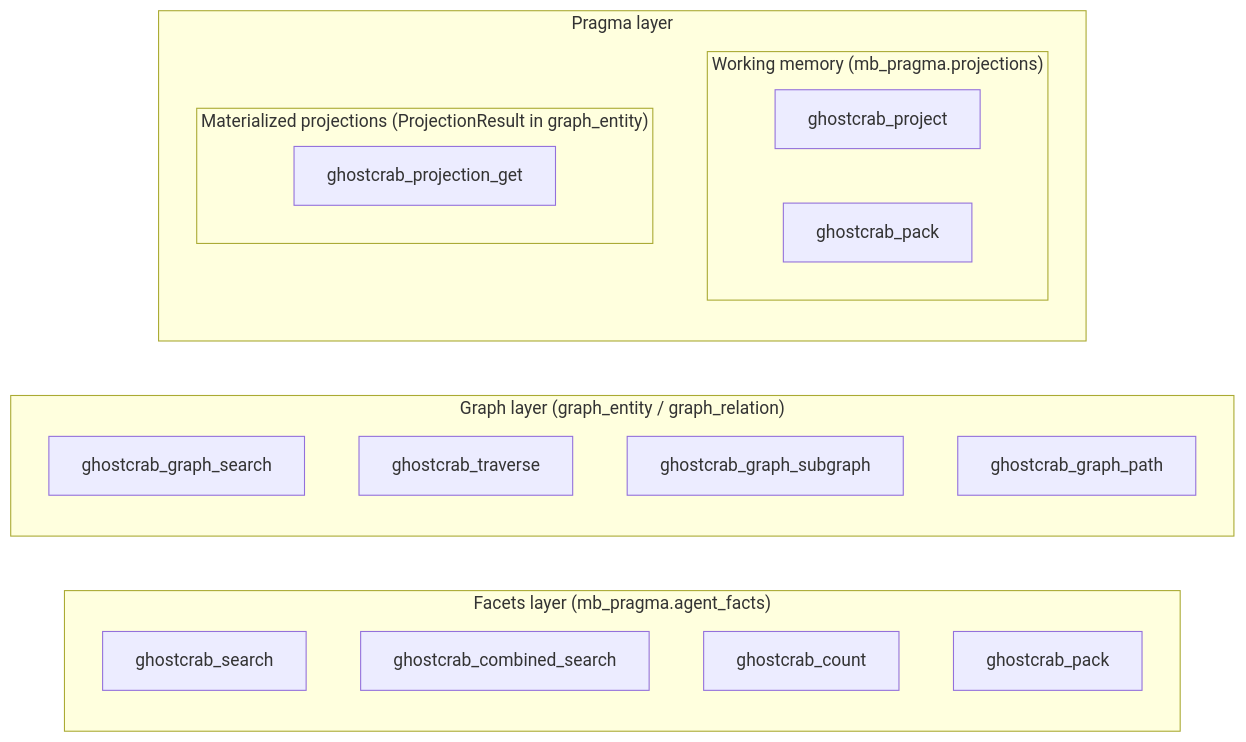
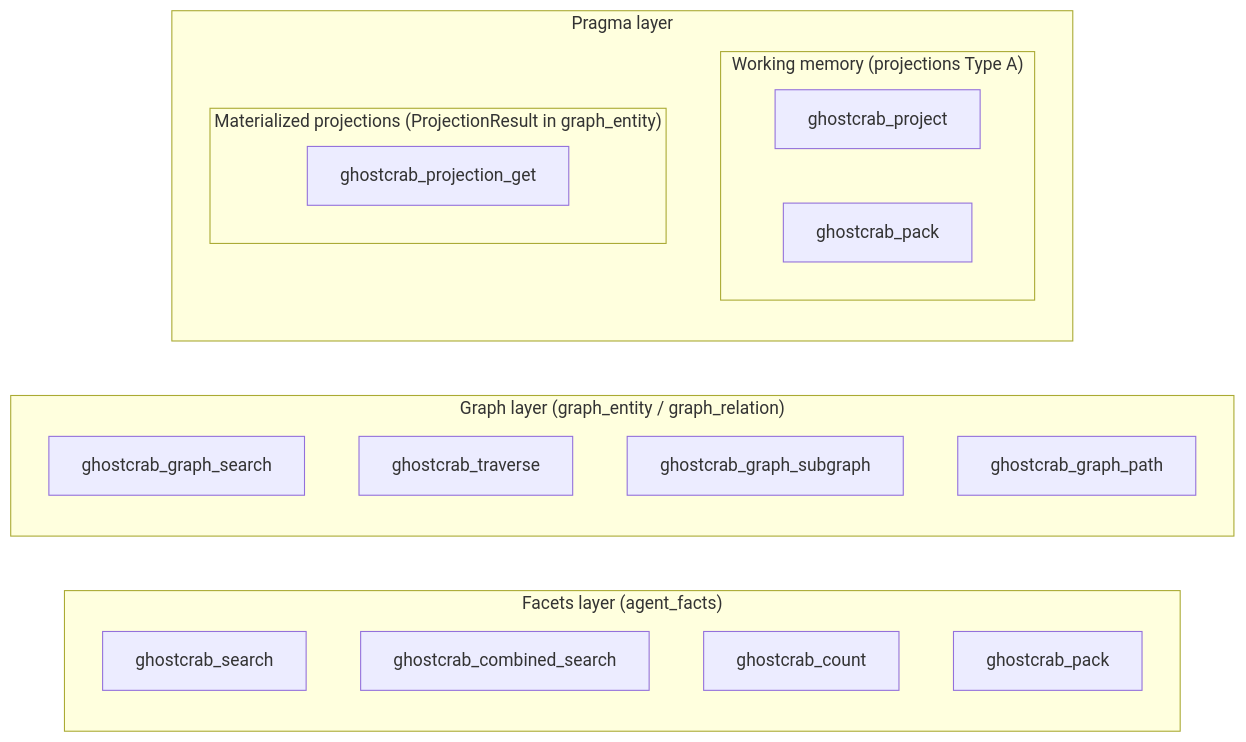
Before and after one commit to mindflight-orchestrator/ghostcrab-personal-mcp: the diagram in docs/methodology/ghostcrab-query-layers.md, drawn with Mermaid. The commit also changed other lines of this file and 36 other files, not shown here.

````diff
--- a/docs/methodology/ghostcrab-query-layers.md
+++ b/docs/methodology/ghostcrab-query-layers.md
@@ -9,27 +11,27 @@
 ```mermaid
 flowchart LR
-  subgraph facetsLayer ["Facets layer (mb_pragma.agent_facts)"]
+  subgraph facetsLayer ["Facets layer (agent_facts)"]
     S[ghostcrab_search]
     CS[ghostcrab_combined_search]
     C[ghostcrab_count]
     PK[ghostcrab_pack]
   end
   subgraph graphLayer ["Graph layer (graph_entity / graph_relation)"]
     GS[ghostcrab_graph_search]
     T[ghostcrab_traverse]
     SG[ghostcrab_graph_subgraph]
     GP[ghostcrab_graph_path]
   end
   subgraph pragmaLayer ["Pragma layer"]
     PJ[ghostcrab_project]
     PK2[ghostcrab_pack]
     PG[ghostcrab_projection_get]
-    subgraph wm ["Working memory (mb_pragma.projections)"]
+    subgraph wm ["Working memory (projections Type A)"]
       PJ
       PK2
     end
     subgraph mat ["Materialized projections (ProjectionResult in graph_entity)"]
       PG
     end
   end
 ```
````
